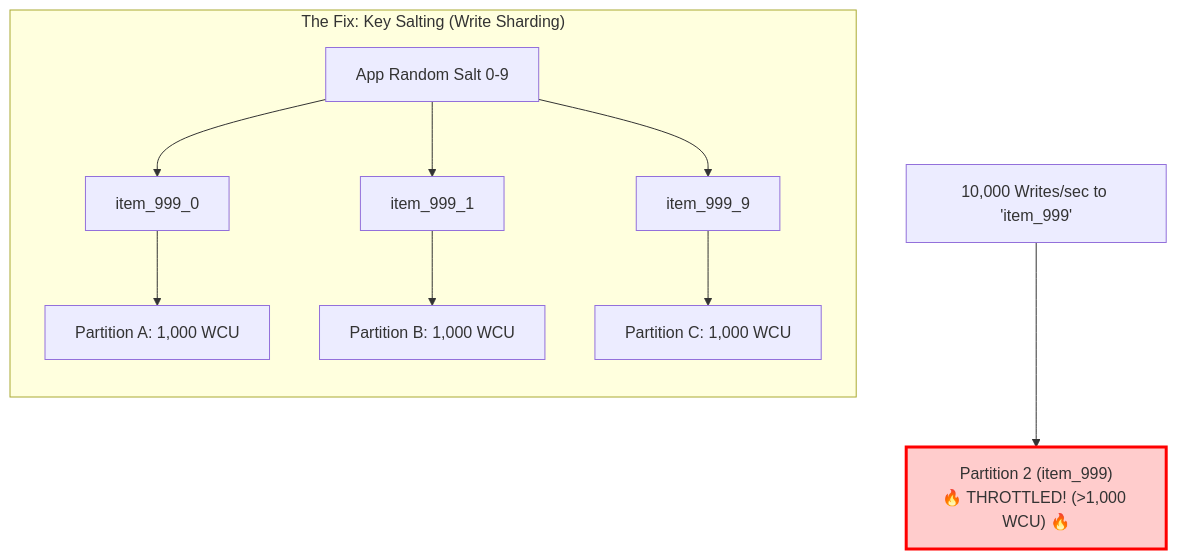
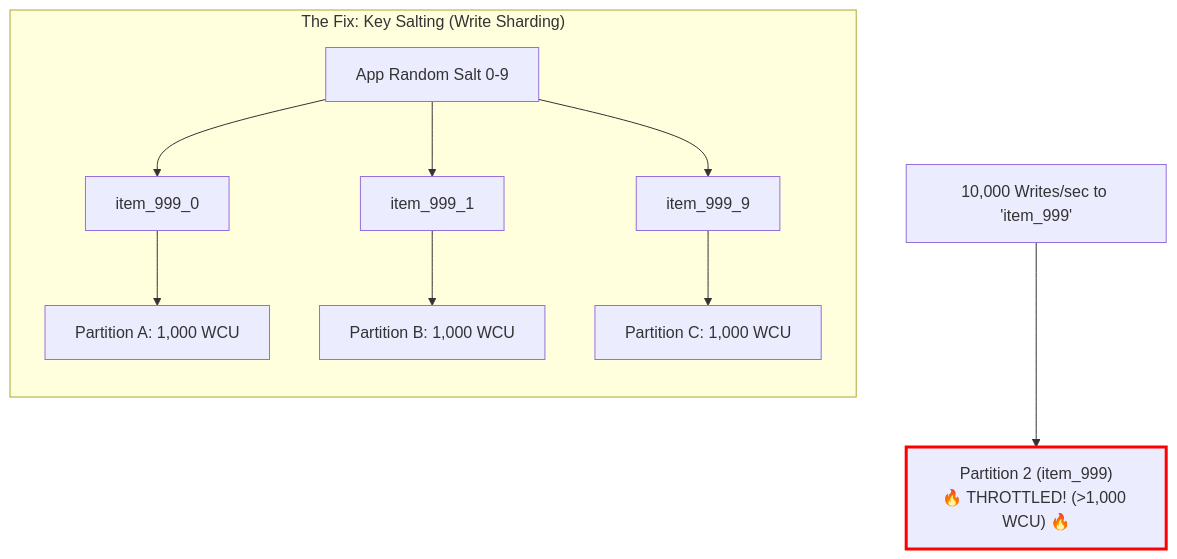
Before and after one commit to abhinnaagrawal/system-design-notes: diagram 13 of 14 in Core Concepts/DynamoDB/README.md, drawn with Mermaid. The commit also changed 62 other files, not shown here.

````diff
--- a/Core Concepts/DynamoDB/README.md
+++ b/Core Concepts/DynamoDB/README.md
@@ -492,16 +492,16 @@
 ```mermaid
 flowchart TD
     Traffic[10,000 Writes/sec to 'item_999'] --> S1["Partition 2 (item_999)<br/>🔥 THROTTLED! (>1,000 WCU) 🔥"]:::hot
     
     subgraph Salted["The Fix: Key Salting (Write Sharding)"]
         direction TB
         AppWrite[App Random Salt 0-9] --> W0[item_999_0]
         AppWrite --> W1[item_999_1]
         AppWrite --> W9[item_999_9]
         W0 --> PartA[Partition A: 1,000 WCU]
         W1 --> PartB[Partition B: 1,000 WCU]
         W9 --> PartC[Partition C: 1,000 WCU]
     end
 
-    classDef hot fill:#ffcccc,stroke:#ff0000,stroke-width:3px;
+    classDef hot stroke:#ff0000,stroke-width:3px;
 ```
````
